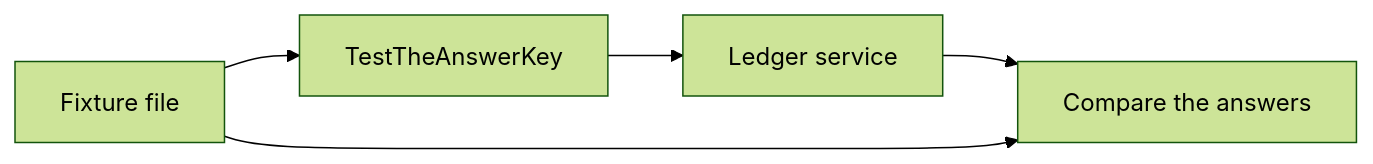
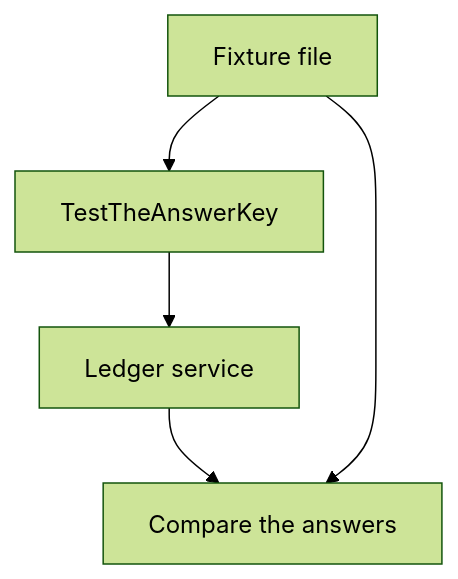
Before and after one commit to ravialdyh/my-money-recap-monorepo: the diagram in packages/contract/fixtures/ledger/README.md, drawn with Mermaid (forest theme). The commit also changed 2 other files, not shown here.

Commit message:
docs: draw the three chain diagrams top to bottom

````diff
--- a/packages/contract/fixtures/ledger/README.md
+++ b/packages/contract/fixtures/ledger/README.md
@@ -9,11 +9,11 @@
 ```mermaid
-flowchart LR
+flowchart TD
     file["Fixture file"]
     test["TestTheAnswerKey"]
     ledger["Ledger service"]
     compare["Compare the answers"]
     file --> test
     test --> ledger
     ledger --> compare
     file --> compare
 ```
````
